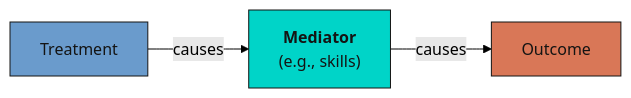
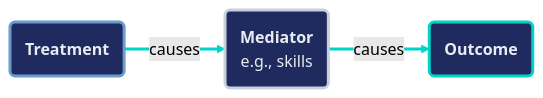
Before and after one commit to cmg777/starter-academic-v501: the third of 5 diagrams in content/post/python_dowhy/index.md, drawn with Mermaid (forest theme). The commit also changed other lines of this file and 2 other files, not shown here.

First line of the commit message:
content(mermaid): restyle flowcharts in stata_rct, python_dowhy, r_estimateW (pilot)

````diff
--- a/content/post/python_dowhy/index.md
+++ b/content/post/python_dowhy/index.md
@@ -528,9 +535,12 @@
 ```mermaid
 graph LR
-    T["Treatment"] -->|"causes"| M["<b>Mediator</b><br/>(e.g., skills)"]
-    M -->|"causes"| Y["Outcome"]
-
-    style T fill:#6a9bcc,stroke:#141413,color:#141413
-    style M fill:#00d4c8,stroke:#141413,color:#141413
-    style Y fill:#d97757,stroke:#141413,color:#141413
+    T("<b>Treatment</b>") ==>|"causes"| M("<b>Mediator</b><br/>e.g., skills")
+    M ==>|"causes"| Y("<b>Outcome</b>")
+    classDef blue fill:#1f2b5e,stroke:#6a9bcc,stroke-width:3px,color:#e8ecf2
+    classDef gray fill:#1f2b5e,stroke:#c8d0e0,stroke-width:3px,color:#e8ecf2
+    classDef teal fill:#1f2b5e,stroke:#00d4c8,stroke-width:3px,color:#e8ecf2
+    class T blue
+    class M gray
+    class Y teal
+    linkStyle 0,1 stroke:#00d4c8,stroke-width:3px
 ```
````
